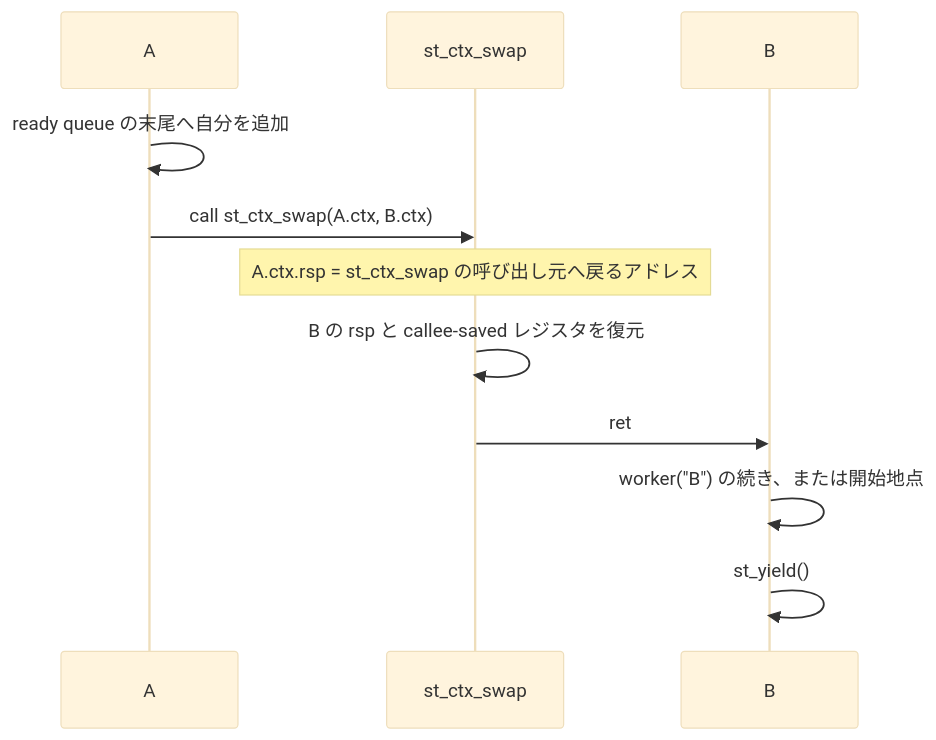
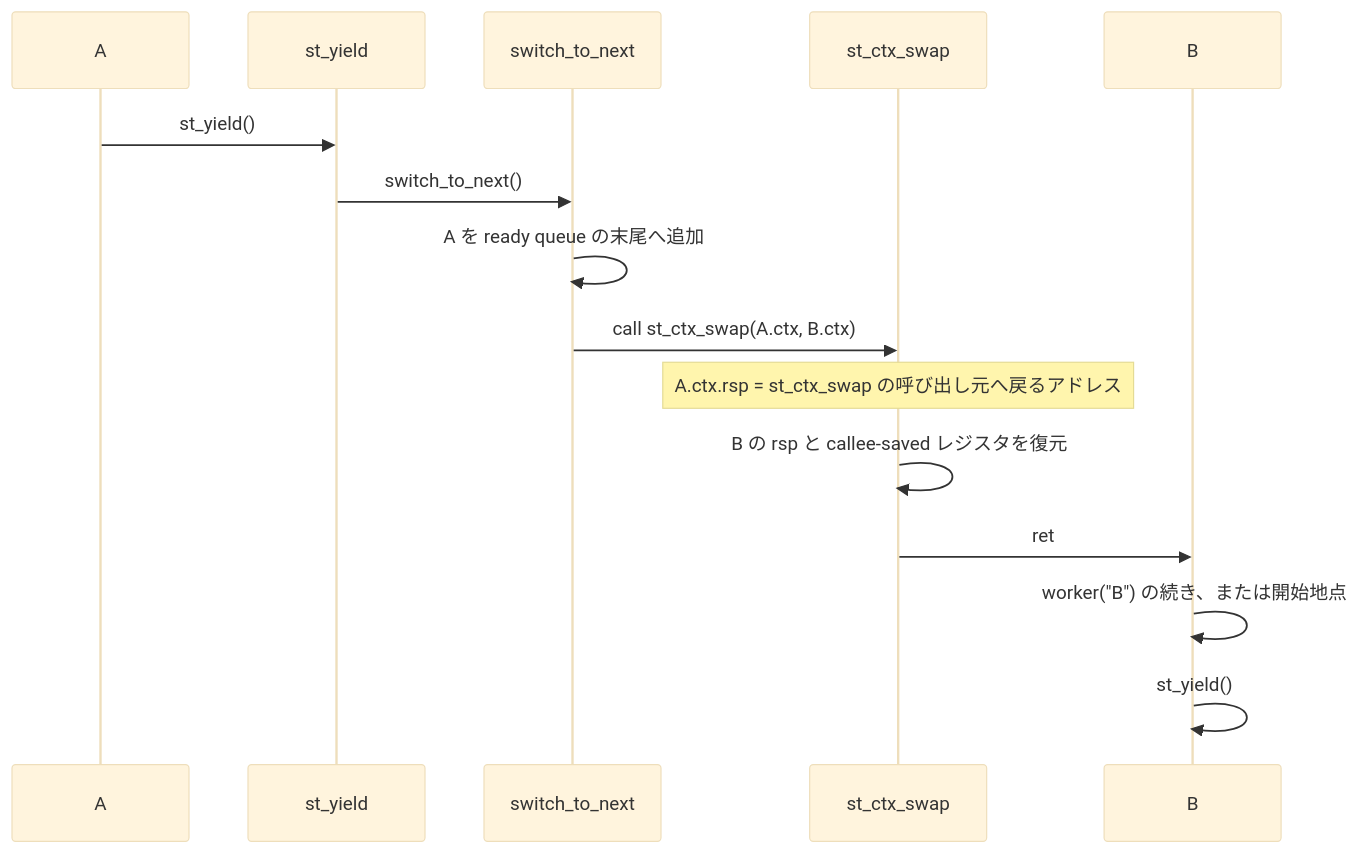
The second of 2 diagrams in README.md (sokoide/trampoline), drawn with Mermaid (base theme) before and after one commit. The commit also changed other lines of this file and 5 other files, not shown here.

````diff
--- a/README.md
+++ b/README.md
@@ -134,14 +135,18 @@
 ```mermaid
 sequenceDiagram
     participant A as A
+    participant Y as st_yield
+    participant S as switch_to_next
     participant X as st_ctx_swap
     participant B as B
 
-    A->>A: ready queue の末尾へ自分を追加
-    A->>X: call st_ctx_swap(A.ctx, B.ctx)
+    A->>Y: st_yield()
+    Y->>S: switch_to_next()
+    S->>S: A を ready queue の末尾へ追加
+    S->>X: call st_ctx_swap(A.ctx, B.ctx)
     Note over X: A.ctx.rsp = st_ctx_swap の呼び出し元へ戻るアドレス
     X->>X: B の rsp と callee-saved レジスタを復元
     X->>B: ret
     B->>B: worker("B") の続き、または開始地点
     B->>B: st_yield()
 ```
````
